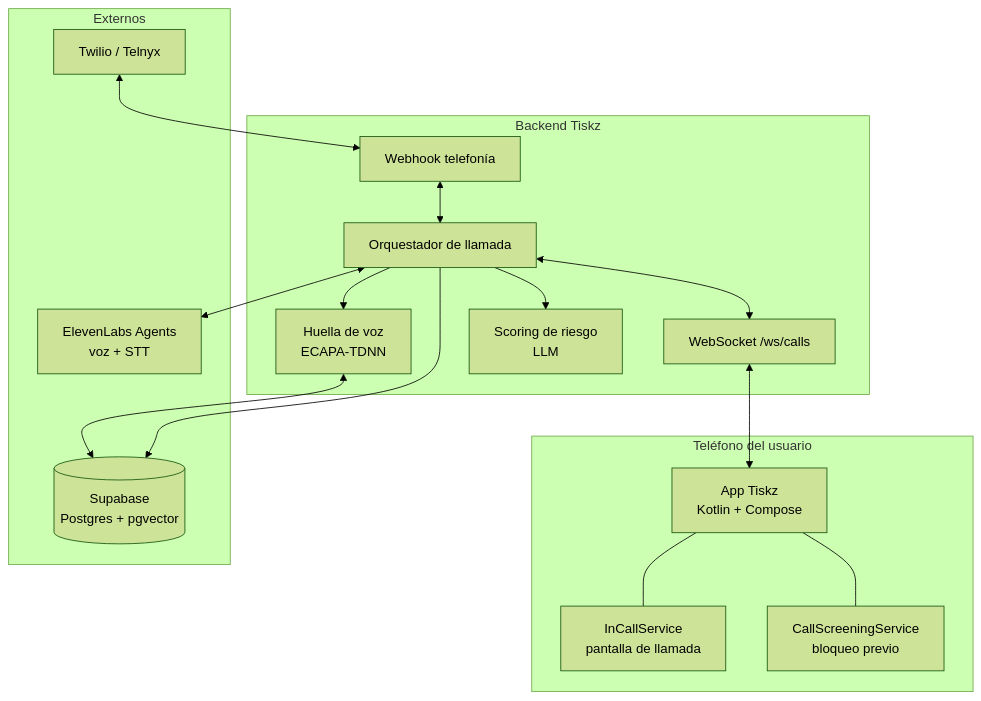
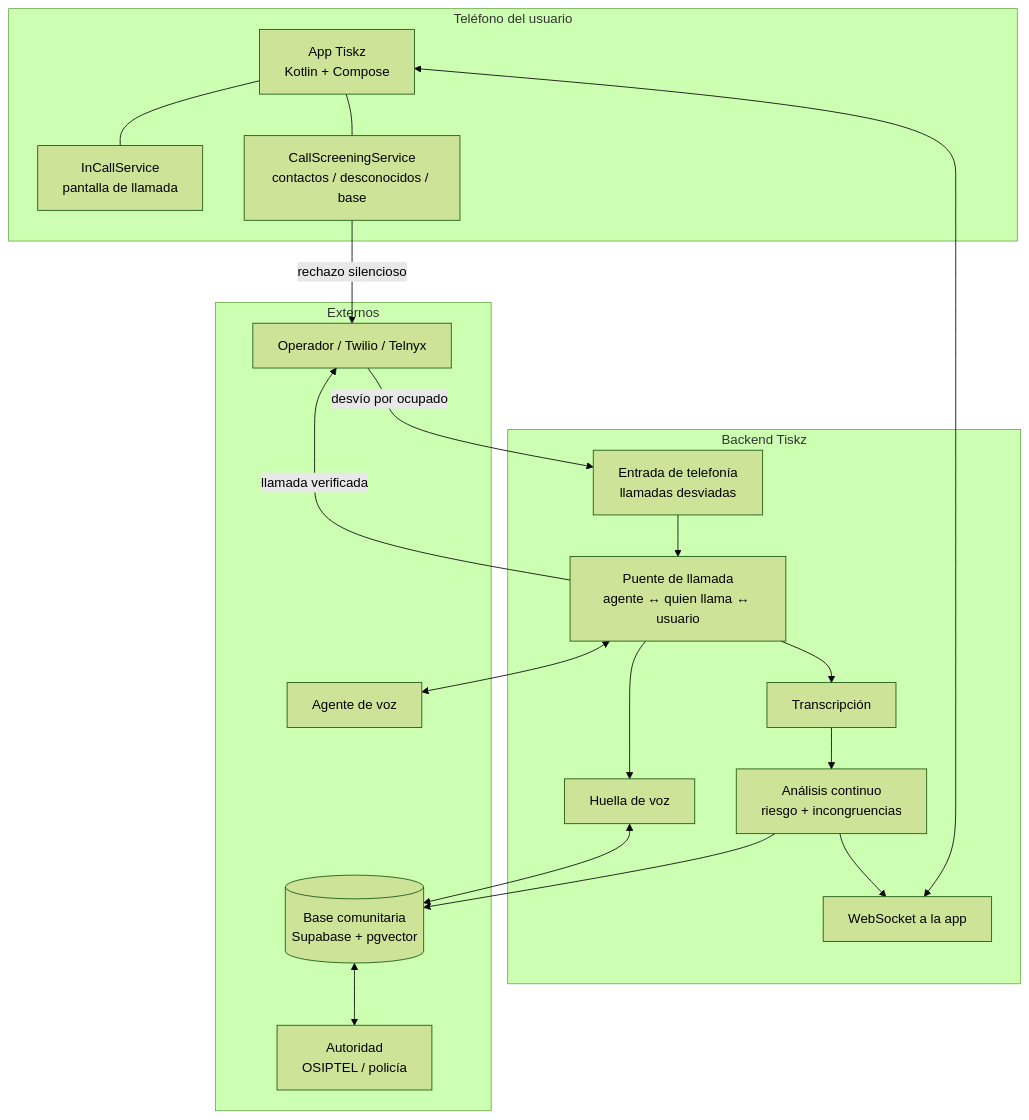
The third of 3 diagrams in docs/ANALISIS_Y_FLUJO.md (HackTheAndes-Hackaton/mobile-repo), drawn with Mermaid (forest theme) before and after one commit. The commit also changed other lines of this file and 3 other files, not shown here.

First line of the commit message:
docs: flujo con un solo agente y análisis continuo; modelo B2G

````diff
--- a/docs/ANALISIS_Y_FLUJO.md
+++ b/docs/ANALISIS_Y_FLUJO.md
@@ -146,34 +211,39 @@
 ```mermaid
 flowchart TB
     subgraph Telefono["Teléfono del usuario"]
         APP[App Tiskz<br/>Kotlin + Compose]
         ICS[InCallService<br/>pantalla de llamada]
-        CSS[CallScreeningService<br/>bloqueo previo]
+        CSS[CallScreeningService<br/>contactos / desconocidos / base]
         APP --- ICS
         APP --- CSS
     end
 
     subgraph Nube["Backend Tiskz"]
-        TEL[Webhook telefonía]
-        WS[WebSocket /ws/calls]
-        ORQ[Orquestador de llamada]
-        VP[Huella de voz<br/>ECAPA-TDNN]
-        LLM[Scoring de riesgo<br/>LLM]
+        TEL[Entrada de telefonía<br/>llamadas desviadas]
+        BR[Puente de llamada<br/>agente ↔ quien llama ↔ usuario]
+        STT[Transcripción]
+        AN[Análisis continuo<br/>riesgo + incongruencias]
+        VP[Huella de voz]
+        WS[WebSocket a la app]
     end
 
     subgraph Externos
-        PSTN[Twilio / Telnyx]
-        EL[ElevenLabs Agents<br/>voz + STT]
-        DB[(Supabase<br/>Postgres + pgvector)]
+        PSTN[Operador / Twilio / Telnyx]
+        AGV[Agente de voz]
+        DB[(Base comunitaria<br/>Supabase + pgvector)]
+        AUT[Autoridad<br/>OSIPTEL / policía]
     end
 
-    PSTN <--> TEL
-    TEL <--> ORQ
-    ORQ <--> EL
-    ORQ --> VP
-    ORQ --> LLM
+    CSS -- rechazo silencioso --> PSTN
+    PSTN -- desvío por ocupado --> TEL
+    TEL --> BR
+    BR <--> AGV
+    BR --> STT --> AN
+    BR --> VP
+    AN --> WS
     VP <--> DB
-    ORQ --> DB
-    ORQ <--> WS
+    AN --> DB
+    DB <--> AUT
     WS <--> APP
+    BR -- llamada verificada --> PSTN
 ```
````
